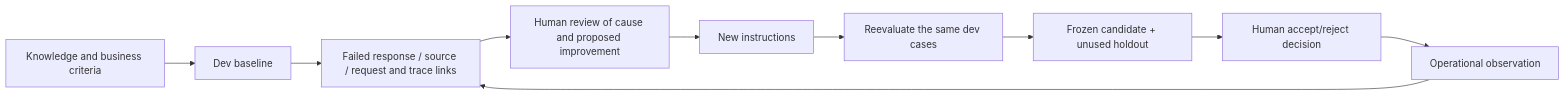
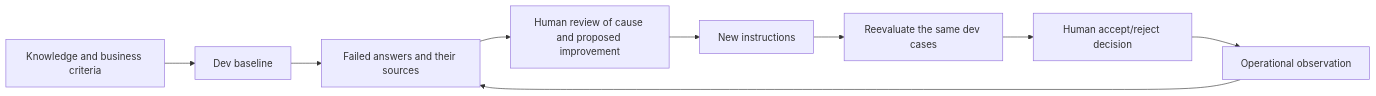
One commit to junwoojeong100/microsoft-foundry-v2-labs changed the diagram in docs/labs/07-evaluation.md. Above: the diagram before and after it, drawn with Mermaid. The commit also changed other lines of this file and 35 other files, not shown here.

````diff
--- a/docs/labs/07-evaluation.md
+++ b/docs/labs/07-evaluation.md
@@ -23,12 +23,11 @@
 ```mermaid
 flowchart LR
     K["Knowledge and business criteria"] --> B["Dev baseline"]
-    B --> F["Failed response / source / request and trace links"]
+    B --> F["Failed answers and their sources"]
     F --> H["Human review of cause and proposed improvement"]
     H --> P["New instructions"]
     P --> C["Reevaluate the same dev cases"]
-    C --> T["Frozen candidate + unused holdout"]
-    T --> G["Human accept/reject decision"]
+    C --> G["Human accept/reject decision"]
     G --> O["Operational observation"]
     O --> F
 ```
````
